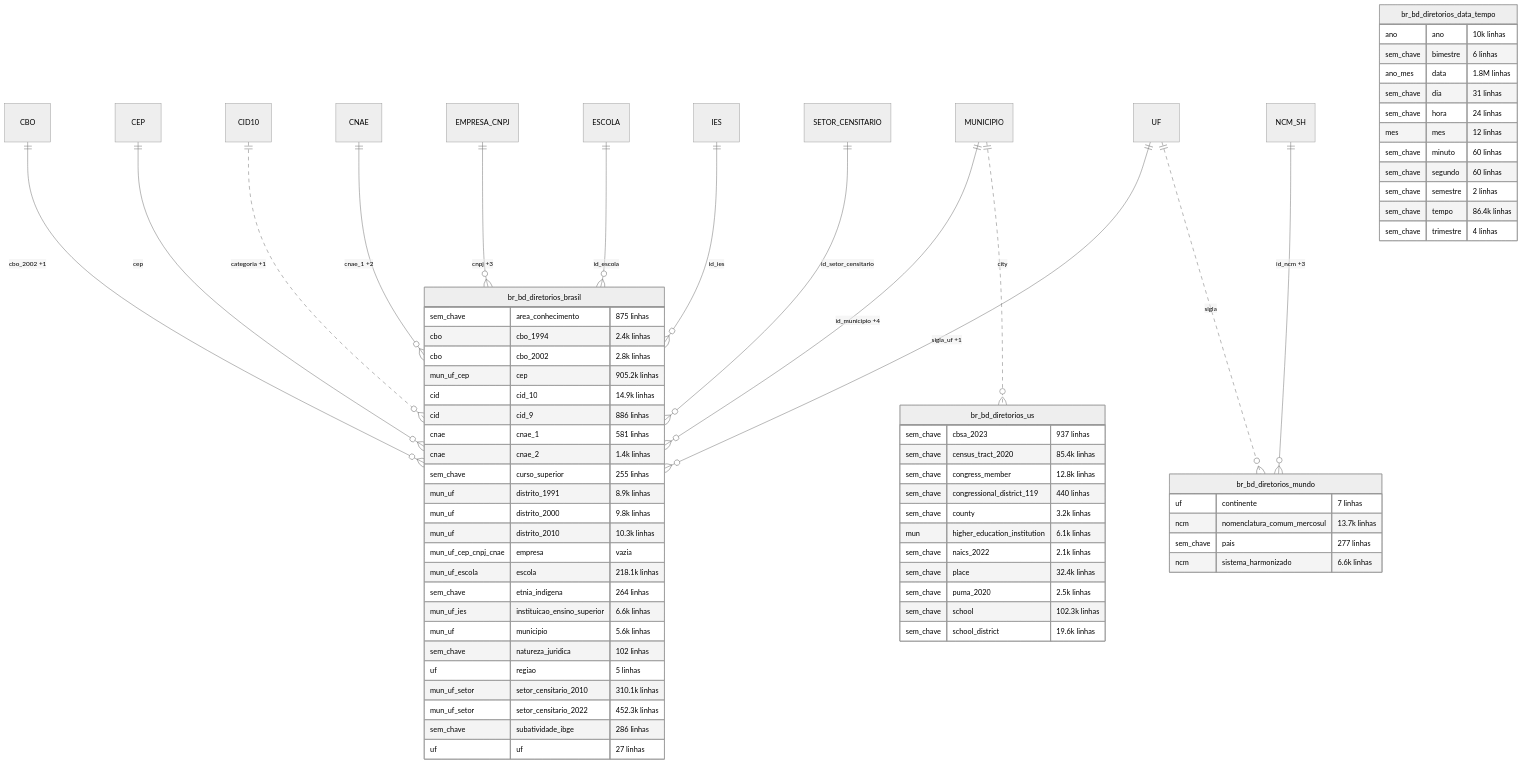
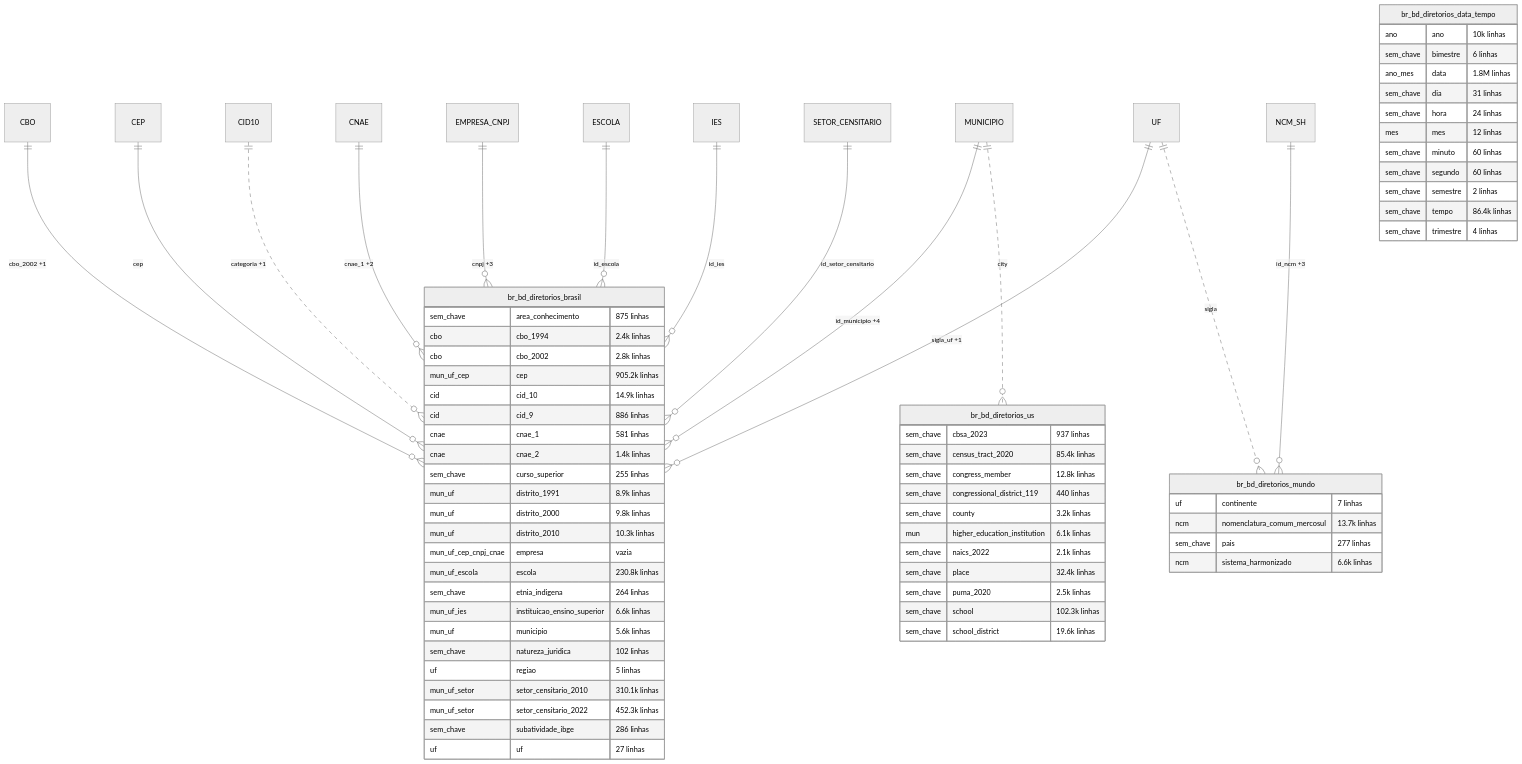
The second of 30 diagrams in docs/mapa/ERD.md (rafapolo/rodado), drawn with Mermaid (neutral theme) before and after one commit. The commit also changed other lines of this file and 7 other files, not shown here.

````diff
--- a/docs/mapa/ERD.md
+++ b/docs/mapa/ERD.md
@@ -100,73 +100,73 @@
 ```mermaid
 erDiagram
     CBO ||--o{ br_bd_diretorios_brasil : "cbo_2002 +1"
     CEP ||--o{ br_bd_diretorios_brasil : "cep"
     CID10 ||..o{ br_bd_diretorios_brasil : "categoria +1"
     CNAE ||--o{ br_bd_diretorios_brasil : "cnae_1 +2"
     EMPRESA_CNPJ ||--o{ br_bd_diretorios_brasil : "cnpj +3"
     ESCOLA ||--o{ br_bd_diretorios_brasil : "id_escola"
     IES ||--o{ br_bd_diretorios_brasil : "id_ies"
     MUNICIPIO ||--o{ br_bd_diretorios_brasil : "id_municipio +4"
     SETOR_CENSITARIO ||--o{ br_bd_diretorios_brasil : "id_setor_censitario"
     UF ||--o{ br_bd_diretorios_brasil : "sigla_uf +1"
     NCM_SH ||--o{ br_bd_diretorios_mundo : "id_ncm +3"
     UF ||..o{ br_bd_diretorios_mundo : "sigla"
     MUNICIPIO ||..o{ br_bd_diretorios_us : "city"
     br_bd_diretorios_brasil {
         sem_chave area_conhecimento "875 linhas"
         cbo cbo_1994 "2.4k linhas"
         cbo cbo_2002 "2.8k linhas"
         mun_uf_cep cep "905.2k linhas"
         cid cid_10 "14.9k linhas"
         cid cid_9 "886 linhas"
         cnae cnae_1 "581 linhas"
         cnae cnae_2 "1.4k linhas"
         sem_chave curso_superior "255 linhas"
         mun_uf distrito_1991 "8.9k linhas"
         mun_uf distrito_2000 "9.8k linhas"
         mun_uf distrito_2010 "10.3k linhas"
         mun_uf_cep_cnpj_cnae empresa "vazia"
-        mun_uf_escola escola "218.1k linhas"
+        mun_uf_escola escola "230.8k linhas"
         sem_chave etnia_indigena "264 linhas"
         mun_uf_ies instituicao_ensino_superior "6.6k linhas"
         mun_uf municipio "5.6k linhas"
         sem_chave natureza_juridica "102 linhas"
         uf regiao "5 linhas"
         mun_uf_setor setor_censitario_2010 "310.1k linhas"
         mun_uf_setor setor_censitario_2022 "452.3k linhas"
         sem_chave subatividade_ibge "286 linhas"
         uf uf "27 linhas"
     }
     br_bd_diretorios_data_tempo {
         ano ano "10k linhas"
         sem_chave bimestre "6 linhas"
         ano_mes data "1.8M linhas"
         sem_chave dia "31 linhas"
         sem_chave hora "24 linhas"
         mes mes "12 linhas"
         sem_chave minuto "60 linhas"
         sem_chave segundo "60 linhas"
         sem_chave semestre "2 linhas"
         sem_chave tempo "86.4k linhas"
         sem_chave trimestre "4 linhas"
     }
     br_bd_diretorios_mundo {
         uf continente "7 linhas"
         ncm nomenclatura_comum_mercosul "13.7k linhas"
         sem_chave pais "277 linhas"
         ncm sistema_harmonizado "6.6k linhas"
     }
     br_bd_diretorios_us {
         sem_chave cbsa_2023 "937 linhas"
         sem_chave census_tract_2020 "85.4k linhas"
         sem_chave congress_member "12.8k linhas"
         sem_chave congressional_district_119 "440 linhas"
         sem_chave county "3.2k linhas"
         mun higher_education_institution "6.1k linhas"
         sem_chave naics_2022 "2.1k linhas"
         sem_chave place "32.4k linhas"
         sem_chave puma_2020 "2.5k linhas"
         sem_chave school "102.3k linhas"
         sem_chave school_district "19.6k linhas"
     }
 ```
````
